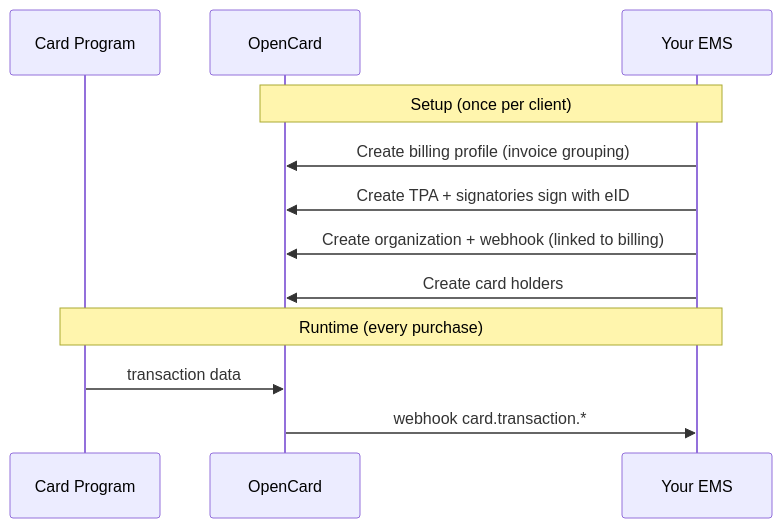
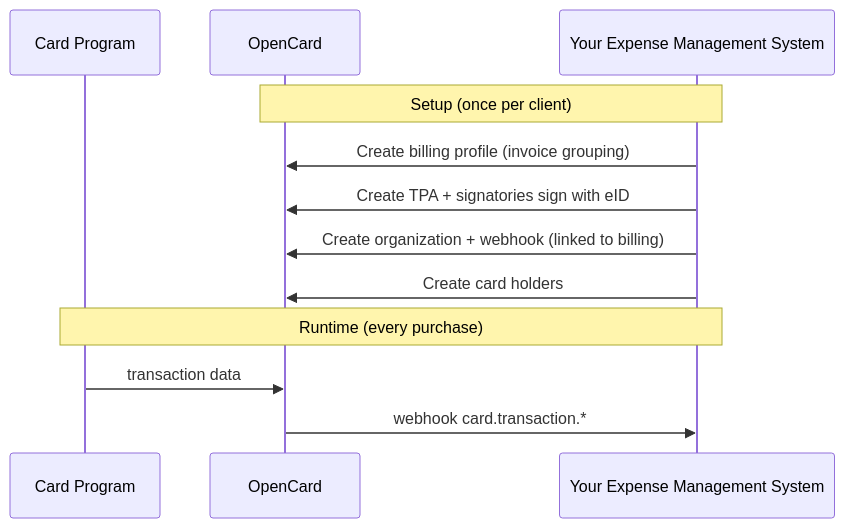
The diagram in introduction/welcome.mdx (marc-opencard/developers.opencard.io), drawn with Mermaid before and after one commit. The commit also changed other lines of this file and 3 other files, not shown here.

````diff
--- a/introduction/welcome.mdx
+++ b/introduction/welcome.mdx
@@ -20,16 +20,16 @@
 ```mermaid
 sequenceDiagram
     participant Bank as Card Program
     participant OC as OpenCard
-    participant You as Your EMS
+    participant You as Your Expense Management System
 
     Note over You,OC: Setup (once per client)
     You->>OC: Create billing profile (invoice grouping)
     You->>OC: Create TPA + signatories sign with eID
     You->>OC: Create organization + webhook (linked to billing)
     You->>OC: Create card holders
 
     Note over Bank,You: Runtime (every purchase)
     Bank->>OC: transaction data
     OC->>You: webhook card.transaction.*
 ```
````
